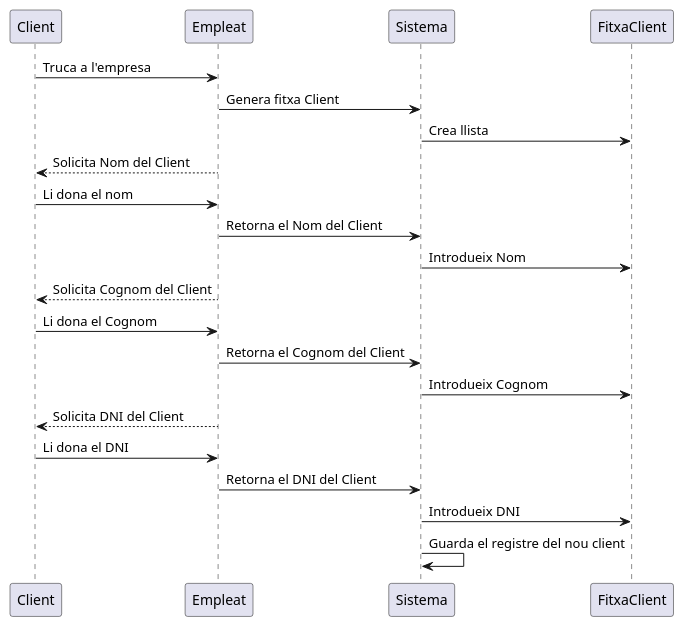
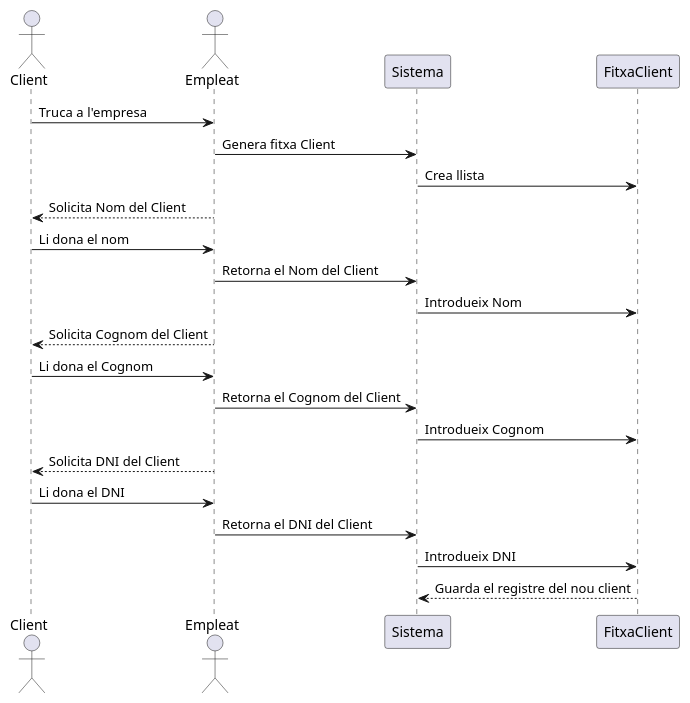
The diagram in cervesa.plantuml (albert1413/M5_UML), drawn with PlantUML before and after one commit.

Commit message:
versio 4

```diff
--- a/cervesa.plantuml
+++ b/cervesa.plantuml
@@ -2,24 +2,24 @@
 @startuml
 
-participant Client 
-participant Empleat
+actor Client 
+actor Empleat
 participant Sistema
 
 Client->Empleat: Truca a l'empresa
 Empleat->Sistema: Genera fitxa Client
 Sistema-> FitxaClient: Crea llista
 Empleat --> Client: Solicita Nom del Client
 Client -> Empleat: Li dona el nom
 Empleat -> Sistema: Retorna el Nom del Client
 Sistema-> FitxaClient: Introdueix Nom
 Empleat --> Client: Solicita Cognom del Client
 Client -> Empleat: Li dona el Cognom
 Empleat -> Sistema: Retorna el Cognom del Client
 Sistema-> FitxaClient: Introdueix Cognom
 Empleat --> Client: Solicita DNI del Client
 Client -> Empleat: Li dona el DNI
 Empleat -> Sistema: Retorna el DNI del Client
 Sistema-> FitxaClient: Introdueix DNI
-Sistema->Sistema: Guarda el registre del nou client
+FitxaClient-->Sistema: Guarda el registre del nou client
 
 @enduml
```
